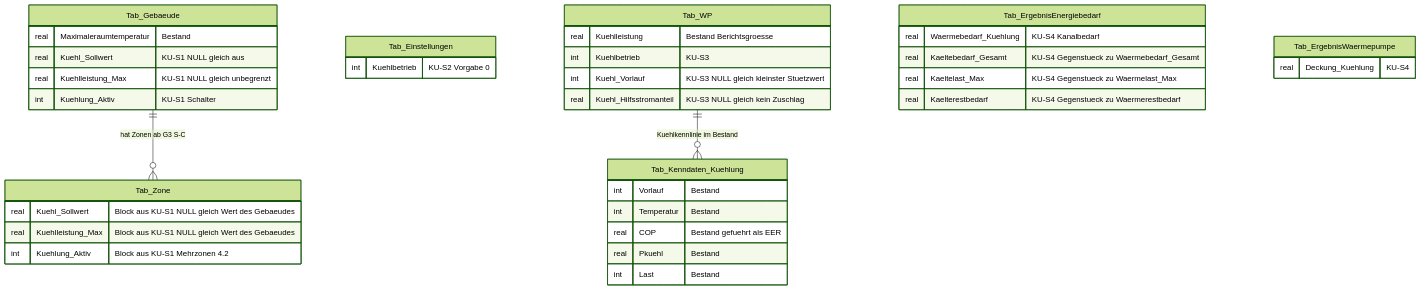
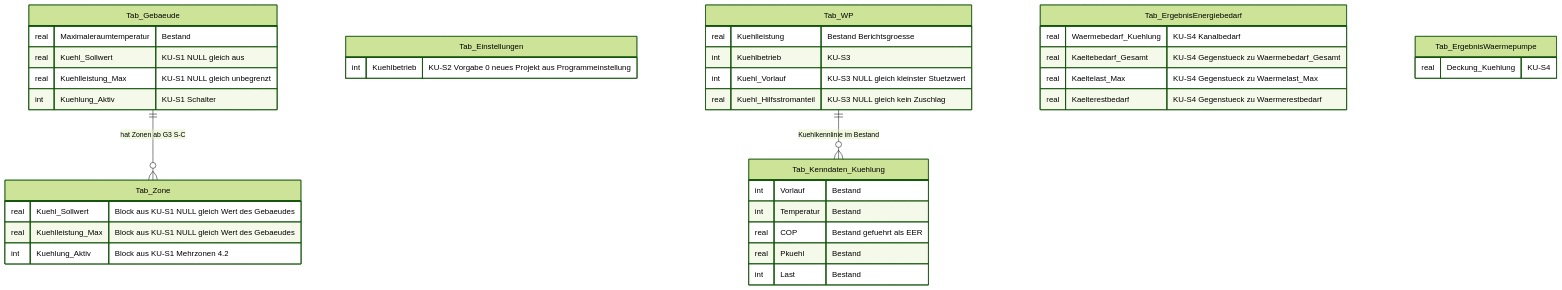
The third of 4 diagrams in Dokumentation/aktuell/Konzept_Kuehlung_Gebaeudesimulation_EPOS-Plan.md (inekon/EPOS-Plan), drawn with Mermaid (forest theme) before and after one commit. The commit also changed other lines of this file and 13 other files, not shown here.

````diff
--- a/Dokumentation/aktuell/Konzept_Kuehlung_Gebaeudesimulation_EPOS-Plan.md
+++ b/Dokumentation/aktuell/Konzept_Kuehlung_Gebaeudesimulation_EPOS-Plan.md
@@ -1601,41 +1704,41 @@
 ```mermaid
 erDiagram
     Tab_Gebaeude ||--o{ Tab_Zone : "hat Zonen ab G3 S-C"
     Tab_Gebaeude {
         real Maximaleraumtemperatur "Bestand"
         real Kuehl_Sollwert "KU-S1 NULL gleich aus"
         real Kuehlleistung_Max "KU-S1 NULL gleich unbegrenzt"
         int Kuehlung_Aktiv "KU-S1 Schalter"
     }
     Tab_Zone {
         real Kuehl_Sollwert "Block aus KU-S1 NULL gleich Wert des Gebaeudes"
         real Kuehlleistung_Max "Block aus KU-S1 NULL gleich Wert des Gebaeudes"
         int Kuehlung_Aktiv "Block aus KU-S1 Mehrzonen 4.2"
     }
     Tab_Einstellungen {
-        int Kuehlbetrieb "KU-S2 Vorgabe 0"
+        int Kuehlbetrieb "KU-S2 Vorgabe 0 neues Projekt aus Programmeinstellung"
     }
     Tab_WP ||--o{ Tab_Kenndaten_Kuehlung : "Kuehlkennlinie im Bestand"
     Tab_WP {
         real Kuehlleistung "Bestand Berichtsgroesse"
         int Kuehlbetrieb "KU-S3"
         int Kuehl_Vorlauf "KU-S3 NULL gleich kleinster Stuetzwert"
         real Kuehl_Hilfsstromanteil "KU-S3 NULL gleich kein Zuschlag"
     }
     Tab_Kenndaten_Kuehlung {
         int Vorlauf "Bestand"
         int Temperatur "Bestand"
         real COP "Bestand gefuehrt als EER"
         real Pkuehl "Bestand"
         int Last "Bestand"
     }
     Tab_ErgebnisEnergiebedarf {
         real Waermebedarf_Kuehlung "KU-S4 Kanalbedarf"
         real Kaeltebedarf_Gesamt "KU-S4 Gegenstueck zu Waermebedarf_Gesamt"
         real Kaeltelast_Max "KU-S4 Gegenstueck zu Waermelast_Max"
         real Kaelterestbedarf "KU-S4 Gegenstueck zu Waermerestbedarf"
     }
     Tab_ErgebnisWaermepumpe {
         real Deckung_Kuehlung "KU-S4"
     }
 ```
````
